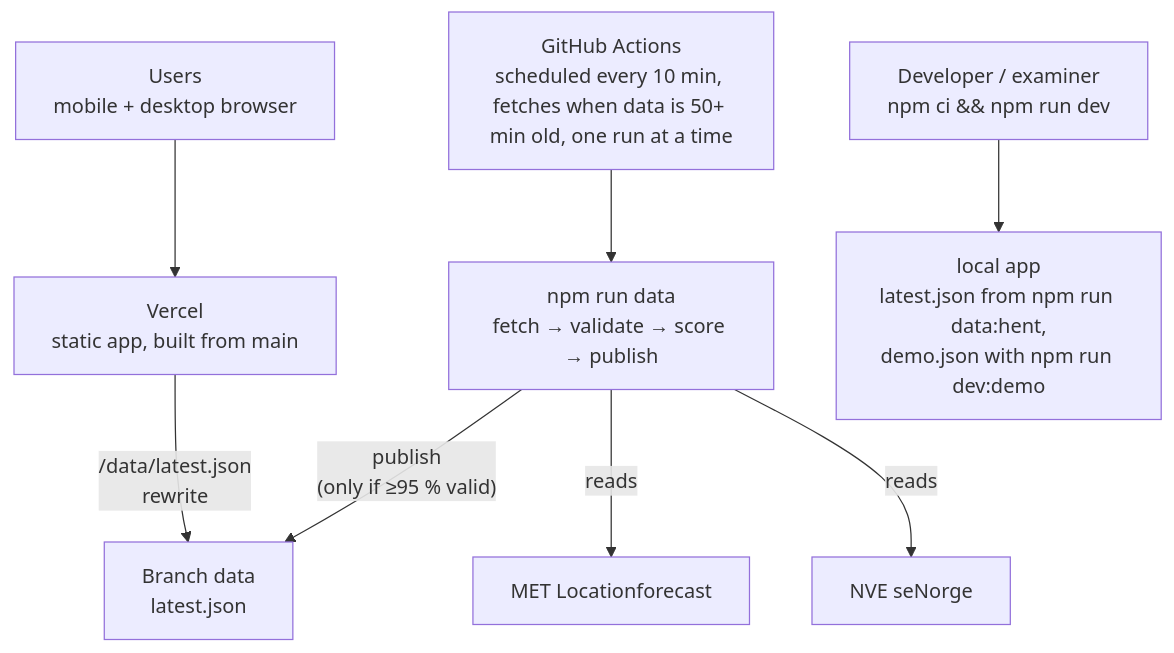
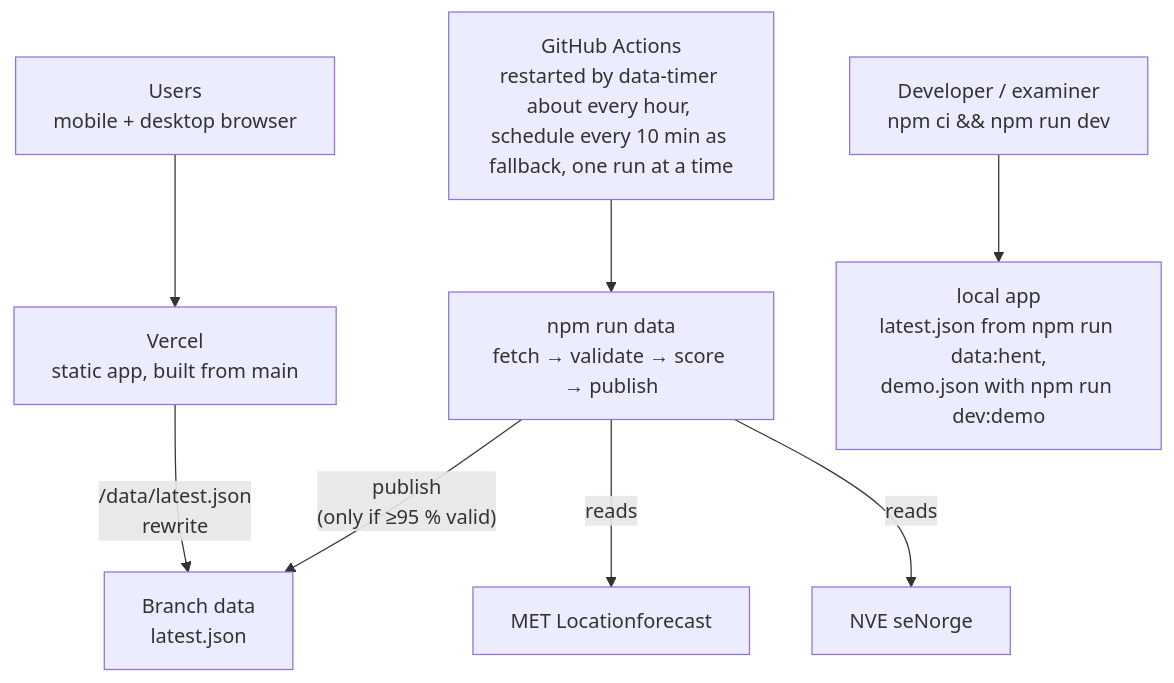
The second of 2 diagrams in project-workspace/planning-artifacts/architecture/architecture-G18-bikila-dymbe-gela-james-2026-09-22/ARCHITECTURE-SPINE.md (IBE160-2026/G18-bikila-dymbe-gela-james), drawn with Mermaid before and after one commit. The commit also changed other lines of this file and 14 other files, not shown here.

````diff
--- a/project-workspace/planning-artifacts/architecture/architecture-G18-bikila-dymbe-gela-james-2026-09-22/ARCHITECTURE-SPINE.md
+++ b/project-workspace/planning-artifacts/architecture/architecture-G18-bikila-dymbe-gela-james-2026-09-22/ARCHITECTURE-SPINE.md
@@ -344,10 +348,10 @@
 ```mermaid
 flowchart TB
     U["Users<br/>mobile + desktop browser"] --> VERCEL["Vercel<br/>static app, built from main"]
     VERCEL -- "/data/latest.json<br/>rewrite" --> BRANCH["Branch data<br/>latest.json"]
-    CRON["GitHub Actions<br/>scheduled every 10 min, fetches when data is 50+ min old, one run at a time"] --> RUN["npm run data<br/>fetch → validate → score → publish"]
+    CRON["GitHub Actions<br/>restarted by data-timer about every hour, schedule every 10 min as fallback, one run at a time"] --> RUN["npm run data<br/>fetch → validate → score → publish"]
     RUN -- "reads" --> MET["MET Locationforecast"]
     RUN -- "reads" --> NVE["NVE seNorge"]
     RUN -- "publish<br/>(only if ≥95 % valid)" --> BRANCH
     DEV["Developer / examiner<br/>npm ci && npm run dev"] --> LOCAL["local app<br/>latest.json from npm run data:hent,<br/>demo.json with npm run dev:demo"]
 ```
````
